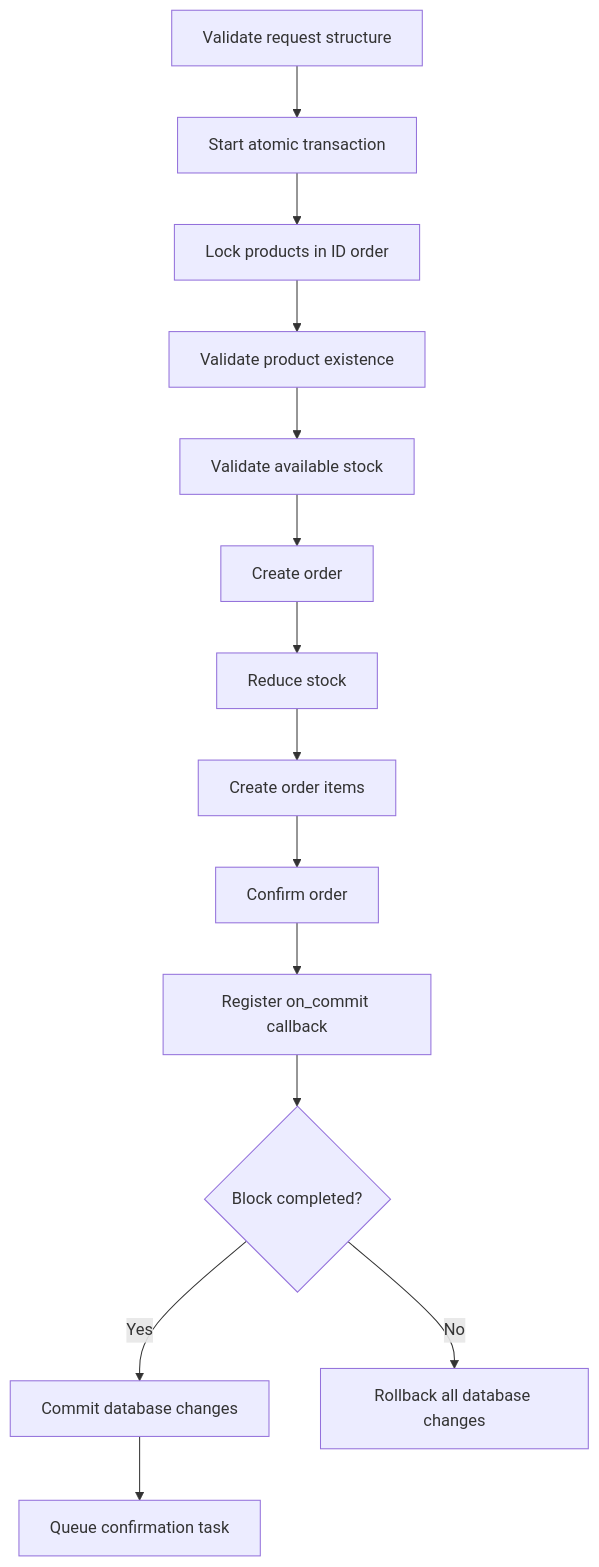
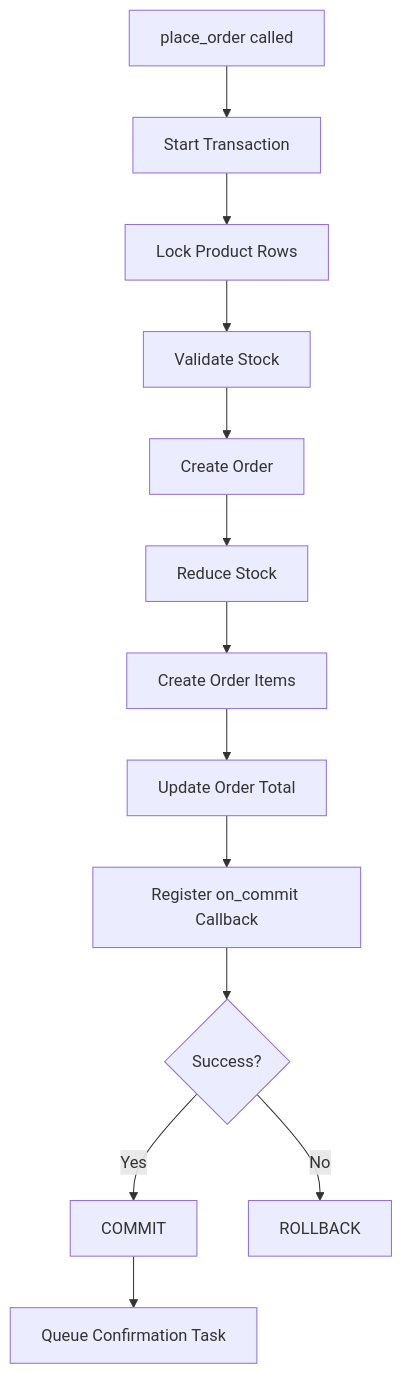
One commit to AvadhBhalodiya/Interview-Preparation changed the seventh of 8 diagrams in src/content/django/transactions-atomic.md. Above: the diagram before and after it, drawn with Mermaid. The commit also changed other lines of this file and 80 other files, not shown here.

````diff
--- a/src/content/django/transactions-atomic.md
+++ b/src/content/django/transactions-atomic.md
@@ -1481,16 +963,25 @@
 ```mermaid
 flowchart TD
-    A[Validate request structure] --> B[Start atomic transaction]
-    B --> C[Lock products in ID order]
-    C --> D[Validate product existence]
-    D --> E[Validate available stock]
-    E --> F[Create order]
-    F --> G[Reduce stock]
-    G --> H[Create order items]
-    H --> I[Confirm order]
-    I --> J[Register on_commit callback]
-    J --> K{Block completed?}
-    K -- Yes --> L[Commit database changes]
-    L --> M[Queue confirmation task]
-    K -- No --> N[Rollback all database changes]
+    A[place_order called] --> B[Start Transaction]
+
+    B --> C[Lock Product Rows]
+
+    C --> D[Validate Stock]
+
+    D --> E[Create Order]
+
+    E --> F[Reduce Stock]
+
+    F --> G[Create Order Items]
+
+    G --> H[Update Order Total]
+
+    H --> I[Register on_commit Callback]
+
+    I --> J{Success?}
+
+    J -->|Yes| K[COMMIT]
+    K --> L[Queue Confirmation Task]
+
+    J -->|No| M[ROLLBACK]
 ```
````
